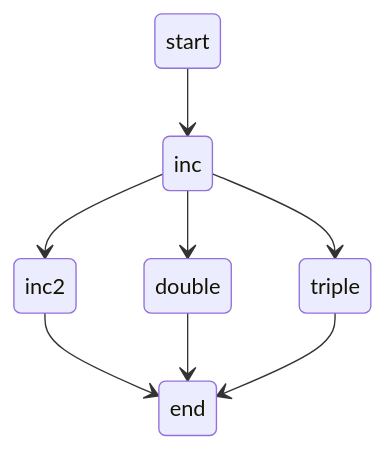
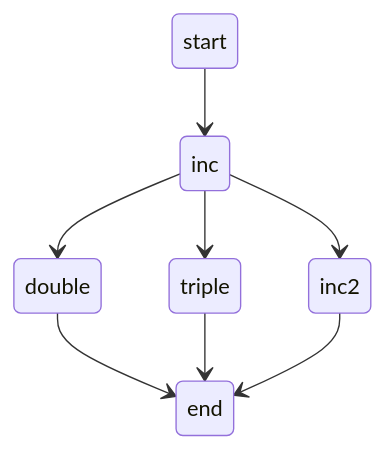
Before and after one commit to nquangtrung/agentgo: the diagram in graph/graph_visualize_test_2ItrsInSameSuperStep.md, drawn with Mermaid. The commit also changed other lines of this file and 13 other files, not shown here.

````diff
--- a/graph/graph_visualize_test_2ItrsInSameSuperStep.md
+++ b/graph/graph_visualize_test_2ItrsInSameSuperStep.md
@@ -1,17 +1,17 @@
 ```mermaid
 stateDiagram-v2
+    state "inc2" as inc2
+    state "double" as double
     state "triple" as triple
     state "start" as start
     state "end" as end
     state "inc" as inc
-    state "inc2" as inc2
-    state "double" as double
-    inc2 --> end : 
     start --> inc : 
     inc --> inc2 : 
     inc --> double : 
     inc --> triple : 
     double --> end : 
     triple --> end : 
+    inc2 --> end : 
 
 ```
````
